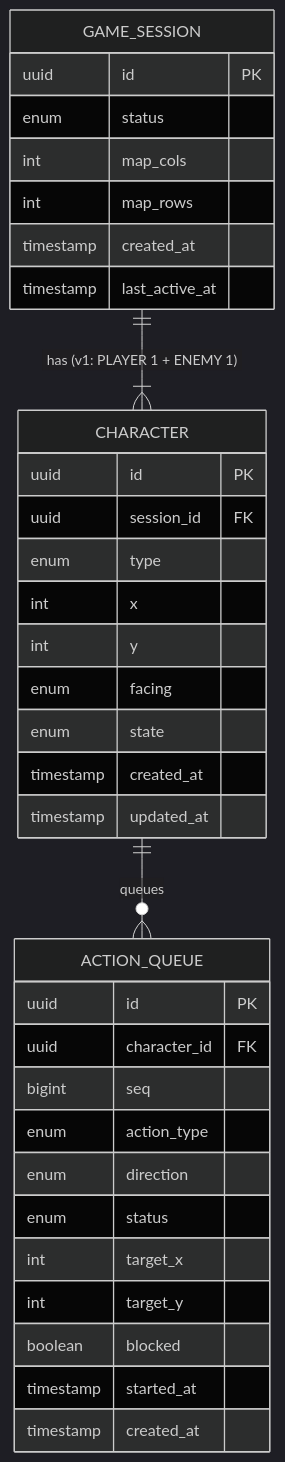
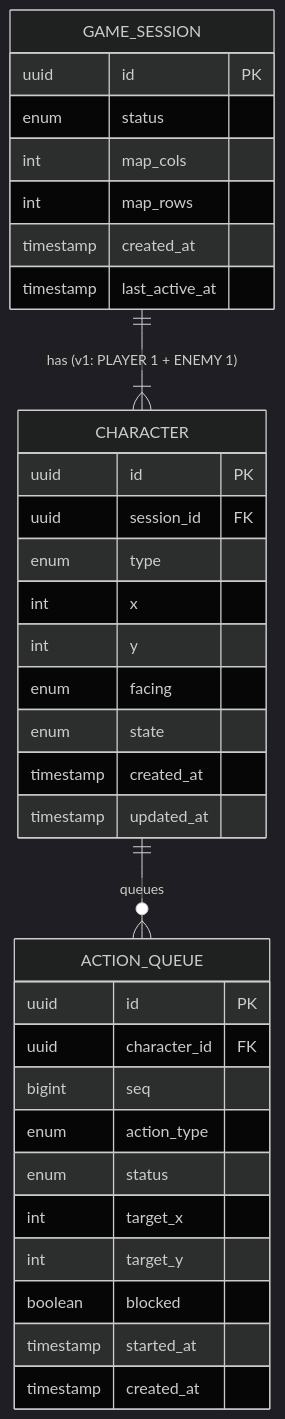
The diagram in docs/erd.md (sidaesekki/Say2Play), drawn with Mermaid (dark theme) before and after one commit. The commit also changed other lines of this file and 1 other file, not shown here.

Commit message:
docs: api-erd 문서 수정

````diff
--- a/docs/erd.md
+++ b/docs/erd.md
@@ -25,38 +26,37 @@
 ```mermaid
 erDiagram
     GAME_SESSION ||--|{ CHARACTER : "has (v1: PLAYER 1 + ENEMY 1)"
     CHARACTER ||--o{ ACTION_QUEUE : "queues"
 
     GAME_SESSION {
         uuid id PK
         enum status
         int map_cols
         int map_rows
         timestamp created_at
         timestamp last_active_at
     }
     CHARACTER {
         uuid id PK
         uuid session_id FK
         enum type
         int x
         int y
         enum facing
         enum state
         timestamp created_at
         timestamp updated_at
     }
     ACTION_QUEUE {
         uuid id PK
         uuid character_id FK
         bigint seq
         enum action_type
-        enum direction
         enum status
         int target_x
         int target_y
         boolean blocked
         timestamp started_at
         timestamp created_at
     }
 ```
````
